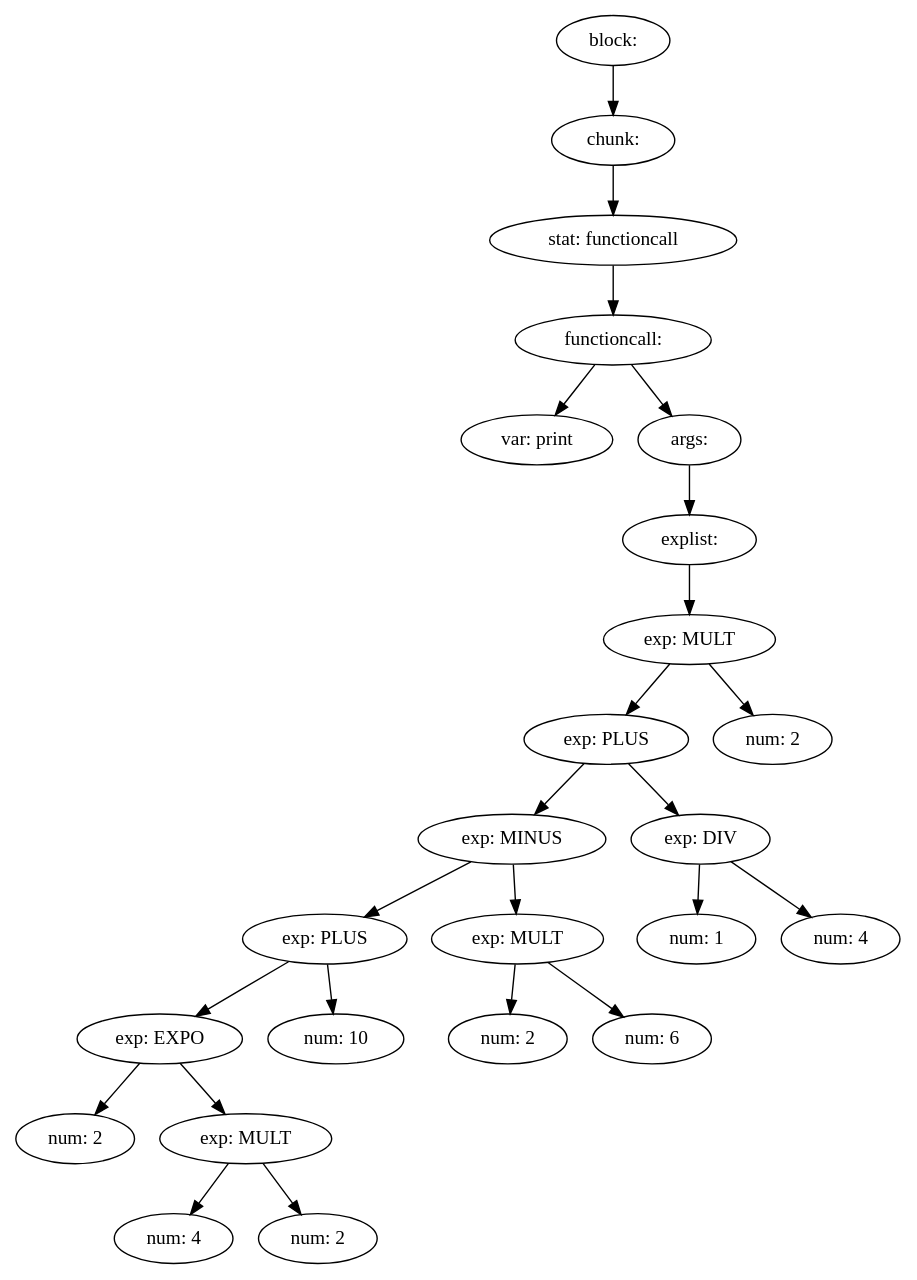
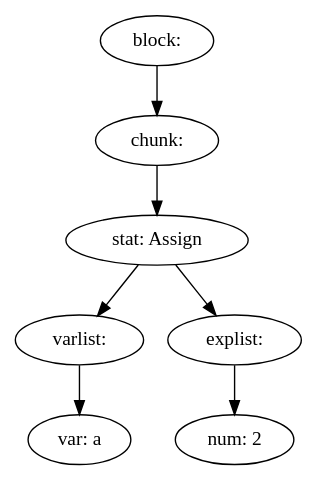
The diagram in ass1-int/source.md (Inkaru/compiler), drawn with Graphviz before and after one commit. The commit also changed 7 other files, not shown here.

````diff
--- a/ass1-int/source.md
+++ b/ass1-int/source.md
@@ -1,51 +1,17 @@
 ```graphviz
 digraph {
-23 [label="block: "];
-23 -> 22
-22 [label="chunk: "];
-22 -> 21
-21 [label="stat: functioncall"];
-21 -> 20
-20 [label="functioncall: "];
-20 -> 0
-20 -> 19
-0 [label="var: print"];
-19 [label="args: "];
-19 -> 18
-18 [label="explist: "];
-18 -> 17
-17 [label="exp: MULT"];
-17 -> 15
-17 -> 16
-15 [label="exp: PLUS"];
-15 -> 11
-15 -> 14
-11 [label="exp: MINUS"];
-11 -> 7
-11 -> 10
-7 [label="exp: PLUS"];
-7 -> 5
-7 -> 6
-5 [label="exp: EXPO"];
-5 -> 1
+6 [label="block: "];
+6 -> 5
+5 [label="chunk: "];
 5 -> 4
-1 [label="num: 2"];
-4 [label="exp: MULT"];
-4 -> 2
+4 [label="stat: Assign"];
+4 -> 1
 4 -> 3
-2 [label="num: 4"];
-3 [label="num: 2"];
-6 [label="num: 10"];
-10 [label="exp: MULT"];
-10 -> 8
-10 -> 9
-8 [label="num: 2"];
-9 [label="num: 6"];
-14 [label="exp: DIV"];
-14 -> 12
-14 -> 13
-12 [label="num: 1"];
-13 [label="num: 4"];
-16 [label="num: 2"];
+1 [label="varlist: "];
+1 -> 0
+0 [label="var: a"];
+3 [label="explist: "];
+3 -> 2
+2 [label="num: 2"];
 }
 ```
````
